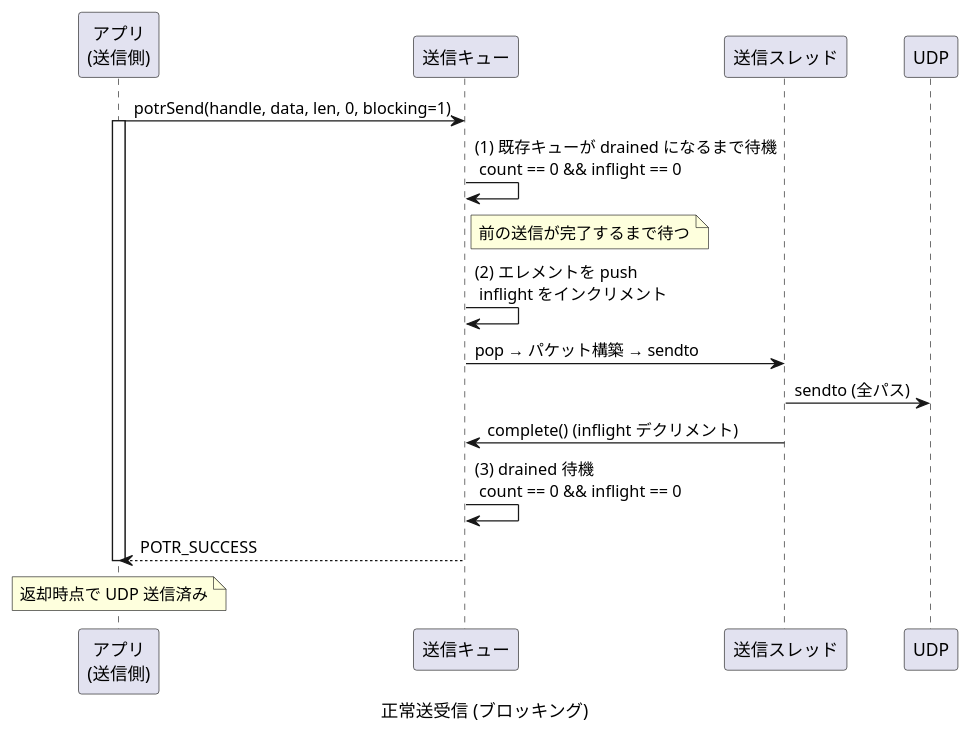
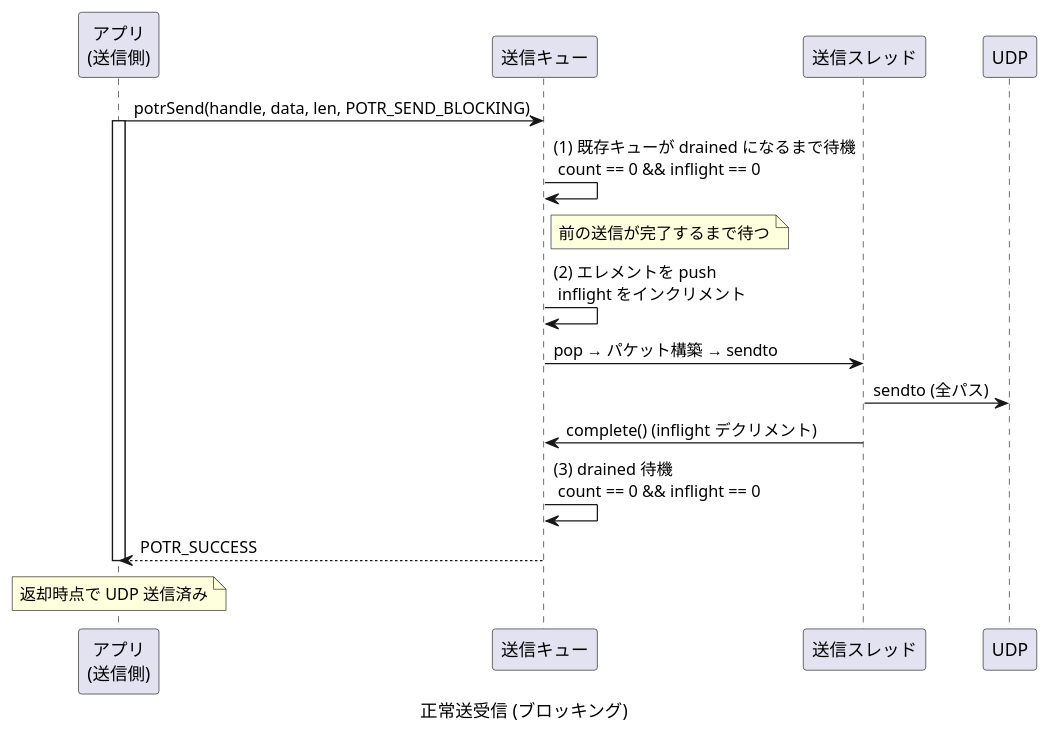
Before and after one commit to Hondarer/c-modernization-kit: the fourth of 12 diagrams in prod/porter/docs/sequence.md, drawn with PlantUML. The commit also changed other lines of this file and 9 other files, not shown here.

First line of the commit message:
refactor(porter): potrSend の compress/blocking を flags パラメータに統合

````diff
--- a/prod/porter/docs/sequence.md
+++ b/prod/porter/docs/sequence.md
@@ -118,30 +118,30 @@
 ```plantuml
 @startuml 正常送受信 (ブロッキング)
 caption 正常送受信 (ブロッキング)
 
 participant "アプリ\n(送信側)" as SAPP
 participant "送信キュー" as Q
 participant "送信スレッド" as ST
 participant "UDP" as UDP
 
-SAPP -> Q: potrSend(handle, data, len, 0, blocking=1)
+SAPP -> Q: potrSend(handle, data, len, POTR_SEND_BLOCKING)
 activate SAPP
 
 Q -> Q: (1) 既存キューが drained になるまで待機\n count == 0 && inflight == 0
 note right of Q: 前の送信が完了するまで待つ
 
 Q -> Q: (2) エレメントを push\n inflight をインクリメント
 
 Q -> ST: pop → パケット構築 → sendto
 ST -> UDP: sendto (全パス)
 ST -> Q: complete() (inflight デクリメント)
 
 Q -> Q: (3) drained 待機\n count == 0 && inflight == 0
 
 Q --> SAPP: POTR_SUCCESS
 deactivate SAPP
 
 note over SAPP: 返却時点で UDP 送信済み
 
 @enduml
 ```
````
